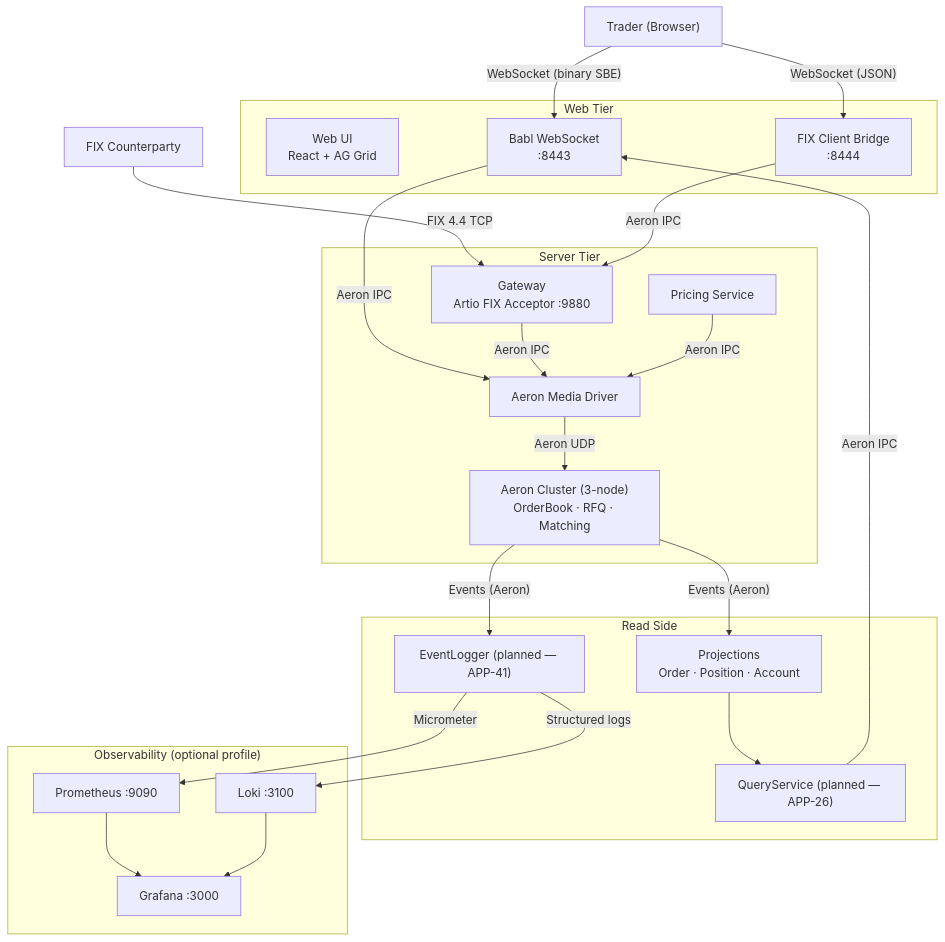
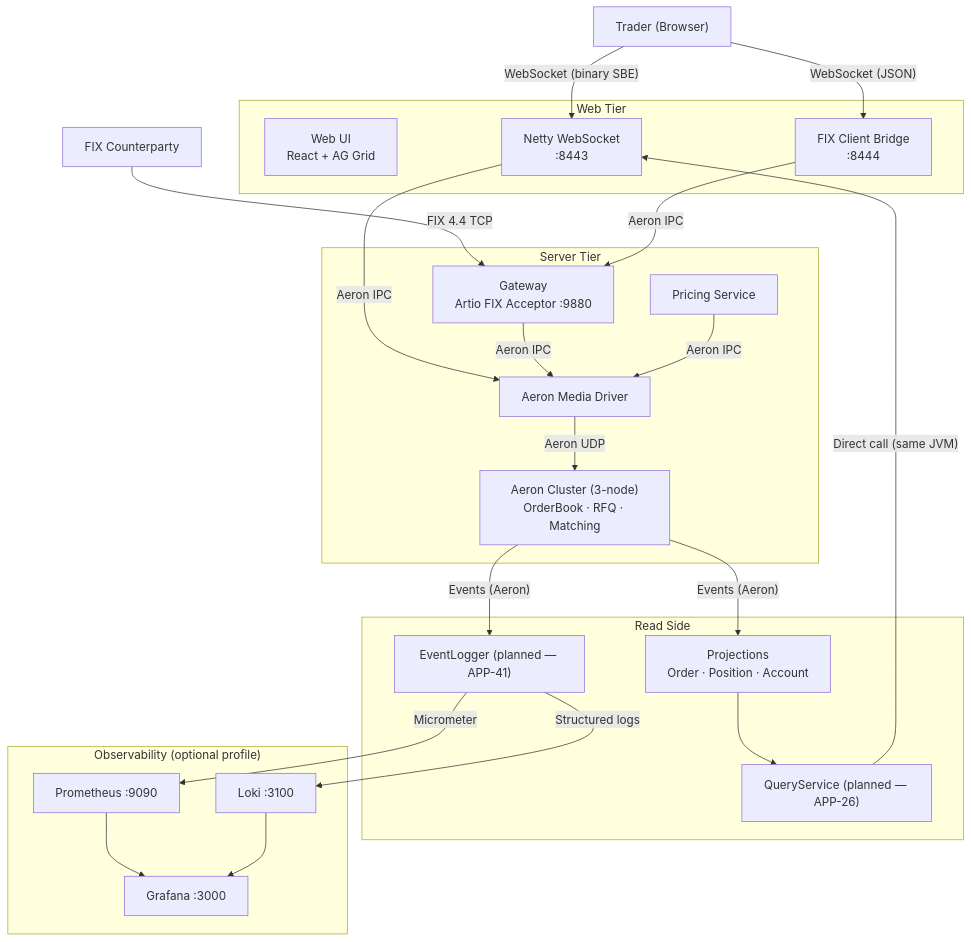
The first of 2 diagrams in docs/architecture.md (jsohi/app-trading-engine), drawn with Mermaid before and after one commit. The commit also changed other lines of this file and 11 other files, not shown here.

First line of the commit message:
APP-35: rename Babl → Netty across all design docs + add websocket architecture doc

````diff
--- a/docs/architecture.md
+++ b/docs/architecture.md
@@ -7,50 +7,50 @@
 ```mermaid
 graph TB
     Trader["Trader (Browser)"]
     FIXClient["FIX Counterparty"]
 
     subgraph Web["Web Tier"]
         WebUI["Web UI<br/>React + AG Grid"]
-        Babl["Babl WebSocket<br/>:8443"]
+        Netty["Netty WebSocket<br/>:8443"]
         FIXBridge["FIX Client Bridge<br/>:8444"]
     end
 
     subgraph Server["Server Tier"]
         Gateway["Gateway<br/>Artio FIX Acceptor :9880"]
         Cluster["Aeron Cluster (3-node)<br/>OrderBook · RFQ · Matching"]
         MediaDriver["Aeron Media Driver"]
         Pricing["Pricing Service"]
     end
 
     subgraph ReadSide["Read Side"]
         Projections["Projections<br/>Order · Position · Account"]
         QueryService["QueryService (planned — APP-26)"]
         EventLogger["EventLogger (planned — APP-41)"]
     end
 
     subgraph Observability["Observability (optional profile)"]
         Prometheus["Prometheus :9090"]
         Loki["Loki :3100"]
         Grafana["Grafana :3000"]
     end
 
-    Trader -- "WebSocket (binary SBE)" --> Babl
+    Trader -- "WebSocket (binary SBE)" --> Netty
     Trader -- "WebSocket (JSON)" --> FIXBridge
     FIXClient -- "FIX 4.4 TCP" --> Gateway
 
-    Babl -- "Aeron IPC" --> MediaDriver
+    Netty -- "Aeron IPC" --> MediaDriver
     FIXBridge -- "Aeron IPC" --> Gateway
     Gateway -- "Aeron IPC" --> MediaDriver
     MediaDriver -- "Aeron UDP" --> Cluster
     Pricing -- "Aeron IPC" --> MediaDriver
 
     Cluster -- "Events (Aeron)" --> Projections
     Cluster -- "Events (Aeron)" --> EventLogger
     Projections --> QueryService
-    QueryService -- "Aeron IPC" --> Babl
+    QueryService -- "Direct call (same JVM)" --> Netty
 
     EventLogger -- "Micrometer" --> Prometheus
     EventLogger -- "Structured logs" --> Loki
     Prometheus --> Grafana
     Loki --> Grafana
 ```
````
